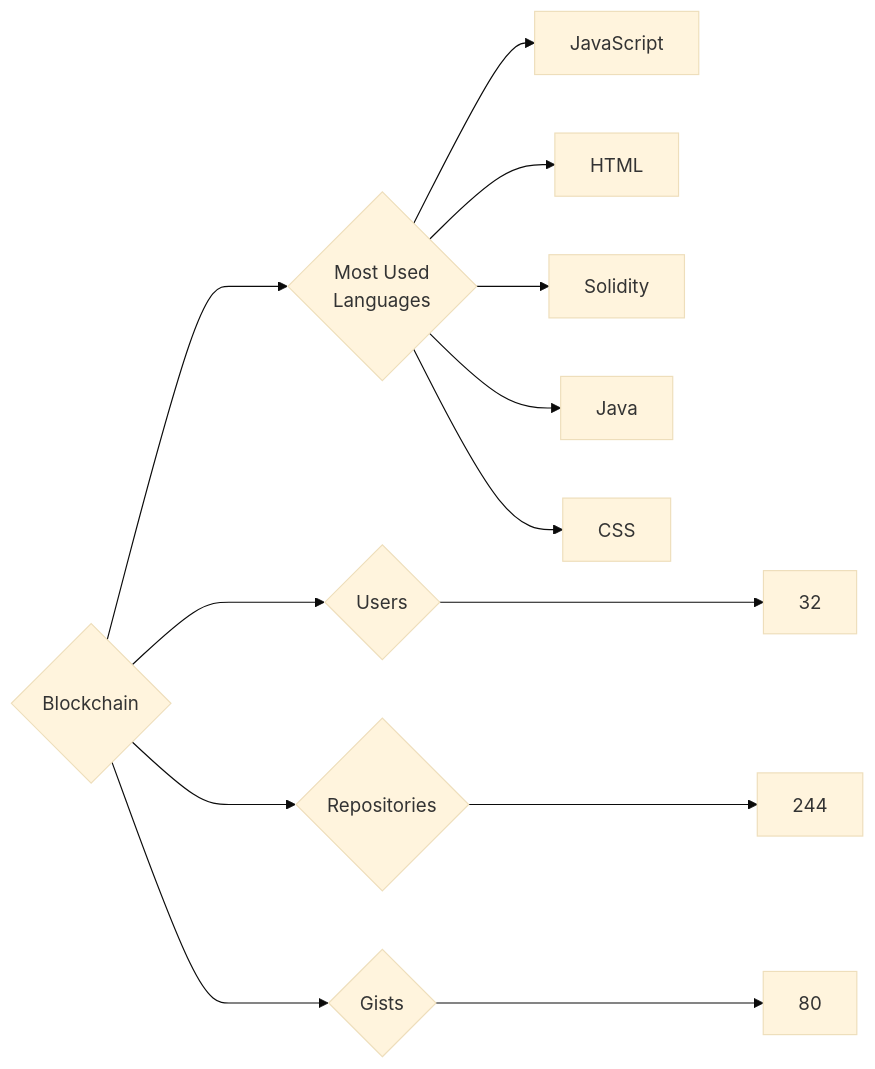
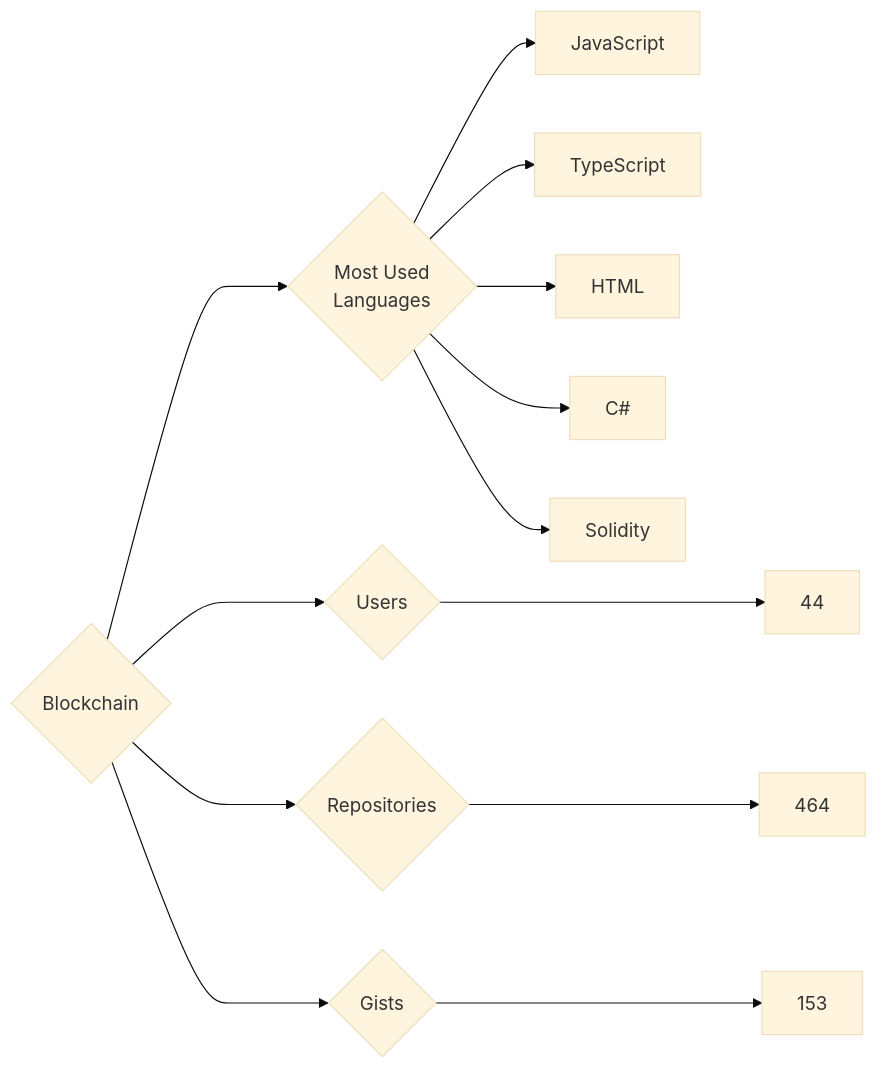
One commit to trickest/insiders changed the diagram in targets/Blockchain/README.md. Above: the diagram before and after it, drawn with Mermaid (base theme). The commit also changed 715 other files, not shown here.

````diff
--- a/targets/Blockchain/README.md
+++ b/targets/Blockchain/README.md
@@ -3,13 +3,13 @@
 ```mermaid
 graph LR
 COMPANY_NAME{Blockchain}
-COMPANY_NAME ---> U{Users} ---> UN[32]
-COMPANY_NAME ---> R{Repositories} ---> RN[244]
-COMPANY_NAME ---> G{Gists} ---> GN[80]
+COMPANY_NAME ---> U{Users} ---> UN[44]
+COMPANY_NAME ---> R{Repositories} ---> RN[464]
+COMPANY_NAME ---> G{Gists} ---> GN[153]
 COMPANY_NAME ---> ML{Most Used<br>Languages}
 ML --> JavaScript[JavaScript]
+ML --> TypeScript[TypeScript]
 ML --> HTML[HTML]
+ML --> C#[C#]
 ML --> Solidity[Solidity]
-ML --> Java[Java]
-ML --> CSS[CSS]
 ```
````
